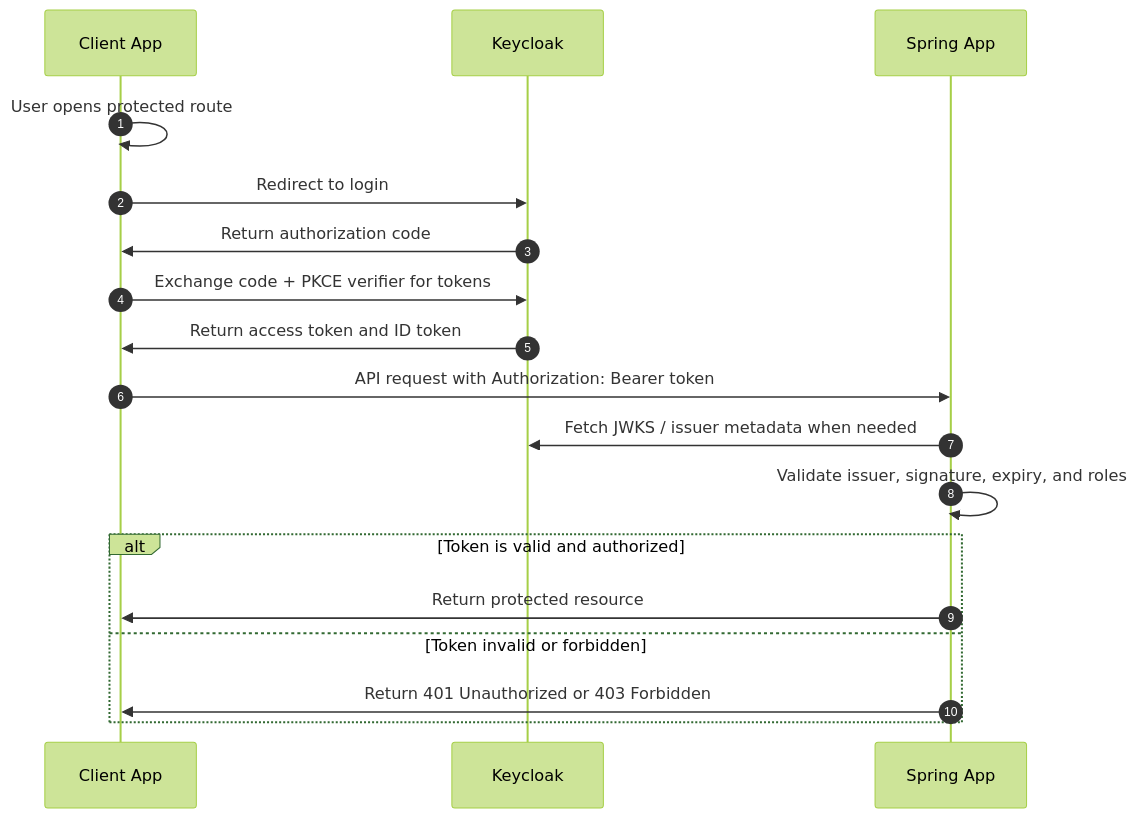
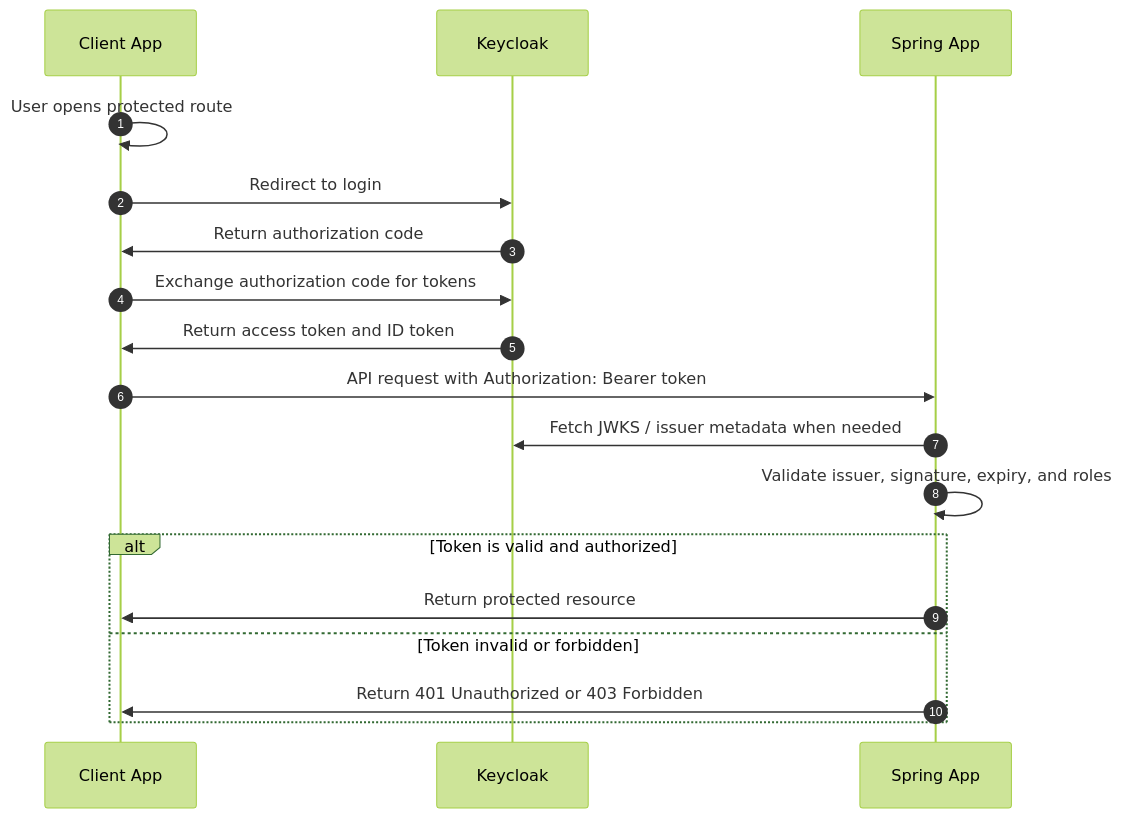
Before and after one commit to mkai-xlab/mkaix.healthsyncbe: the diagram in docs/authentication.md, drawn with Mermaid (forest theme). The commit also changed other lines of this file and 20 other files, not shown here.

````diff
--- a/docs/authentication.md
+++ b/docs/authentication.md
@@ -11,21 +11,21 @@
 ```mermaid
 sequenceDiagram
     autonumber
     participant Client as Client App
     participant Keycloak as Keycloak
     participant Spring as Spring App
 
     Client->>Client: User opens protected route
     Client->>Keycloak: Redirect to login
     Keycloak->>Client: Return authorization code
-    Client->>Keycloak: Exchange code + PKCE verifier for tokens
+    Client->>Keycloak: Exchange authorization code for tokens
     Keycloak->>Client: Return access token and ID token
     Client->>Spring: API request with Authorization: Bearer token
     Spring->>Keycloak: Fetch JWKS / issuer metadata when needed
     Spring->>Spring: Validate issuer, signature, expiry, and roles
     alt Token is valid and authorized
         Spring->>Client: Return protected resource
     else Token invalid or forbidden
         Spring->>Client: Return 401 Unauthorized or 403 Forbidden
     end
 ```
````
